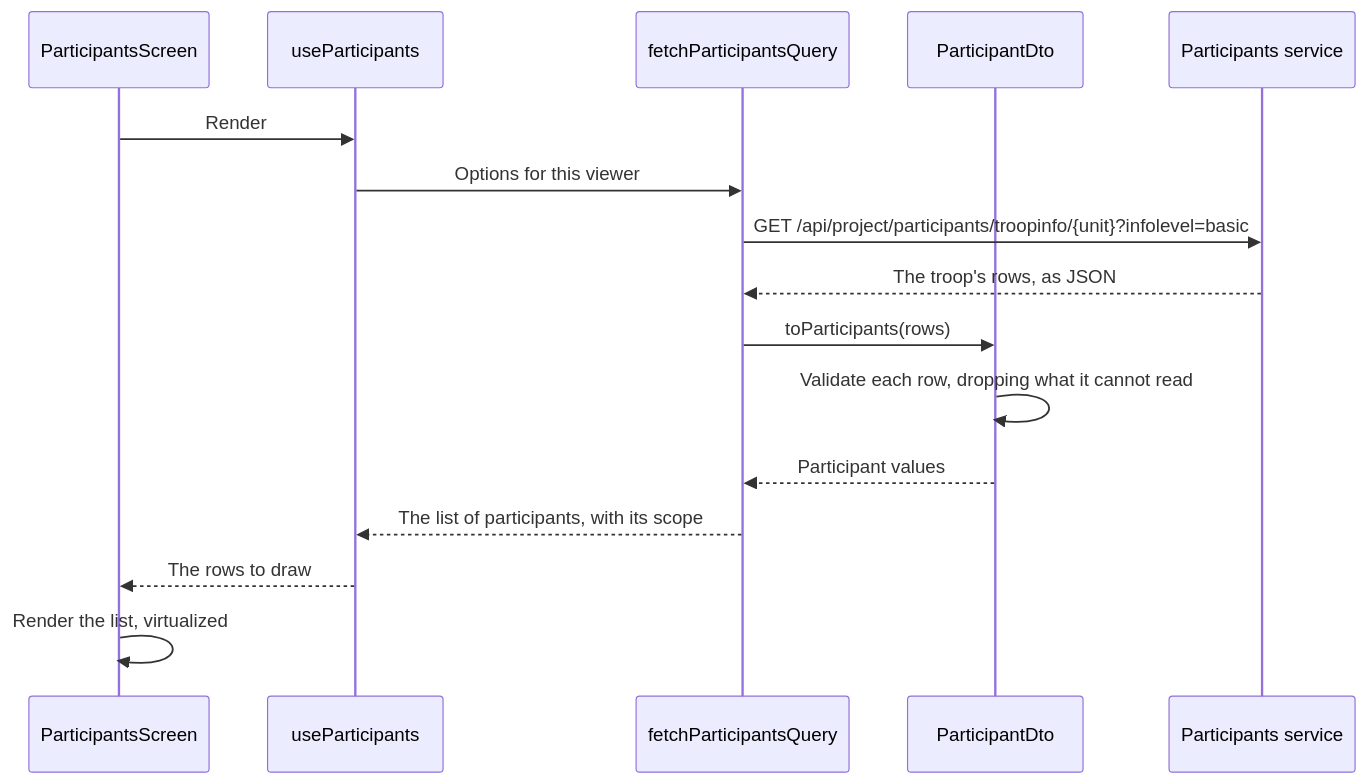
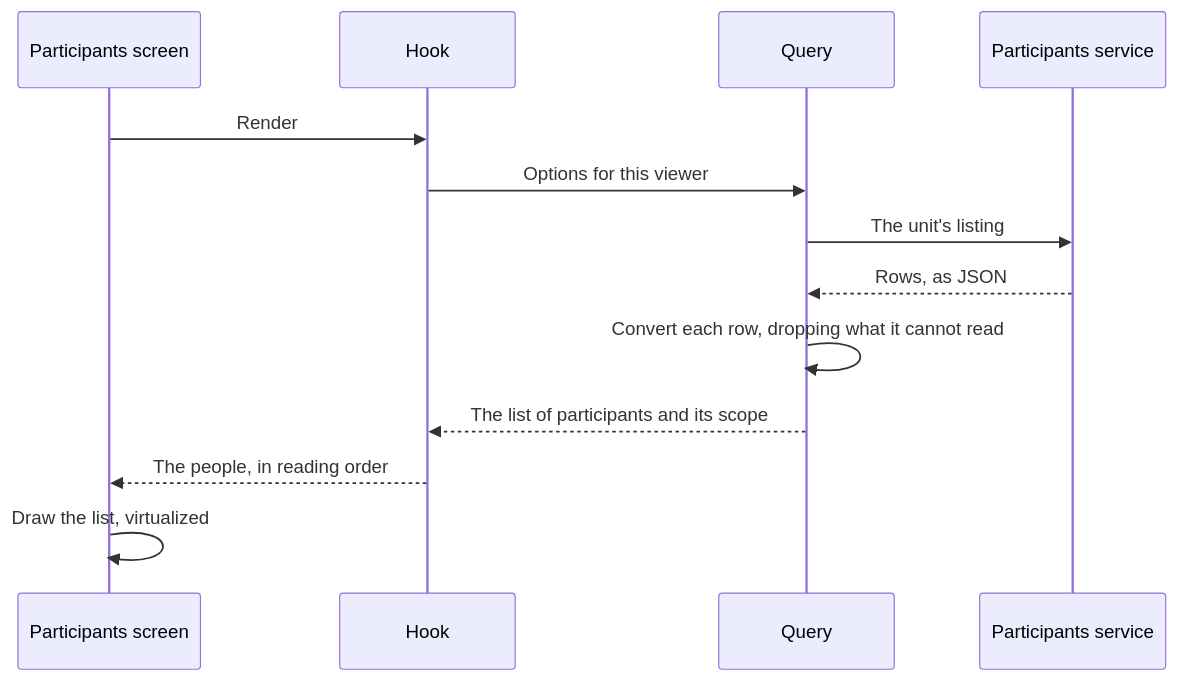
One commit to Scouterna/wsj27-campfire changed the diagram in docs/guidebook/architecture/example-flows/show-participants.md. Above: the diagram before and after it, drawn with Mermaid. The commit also changed other lines of this file and 93 other files, not shown here.

````diff
--- a/docs/guidebook/architecture/example-flows/show-participants.md
+++ b/docs/guidebook/architecture/example-flows/show-participants.md
@@ -15,19 +15,16 @@
 ```mermaid
 sequenceDiagram
-  participant Screen as ParticipantsScreen
-  participant Hook as useParticipants
-  participant Query as fetchParticipantsQuery
-  participant Dto as ParticipantDto
+  participant Screen as Participants screen
+  participant Hook
+  participant Query
   participant Service as Participants service
 
   Screen->>Hook: Render
   Hook->>Query: Options for this viewer
-  Query->>Service: GET /api/project/participants/troopinfo/{unit}?infolevel=basic
-  Service-->>Query: The troop's rows, as JSON
-  Query->>Dto: toParticipants(rows)
-  Dto->>Dto: Validate each row, dropping what it cannot read
-  Dto-->>Query: Participant values
-  Query-->>Hook: The list of participants, with its scope
-  Hook-->>Screen: The rows to draw
-  Screen->>Screen: Render the list, virtualized
+  Query->>Service: The unit's listing
+  Service-->>Query: Rows, as JSON
+  Query->>Query: Convert each row, dropping what it cannot read
+  Query-->>Hook: The list of participants and its scope
+  Hook-->>Screen: The people, in reading order
+  Screen->>Screen: Draw the list, virtualized
 ```
````
